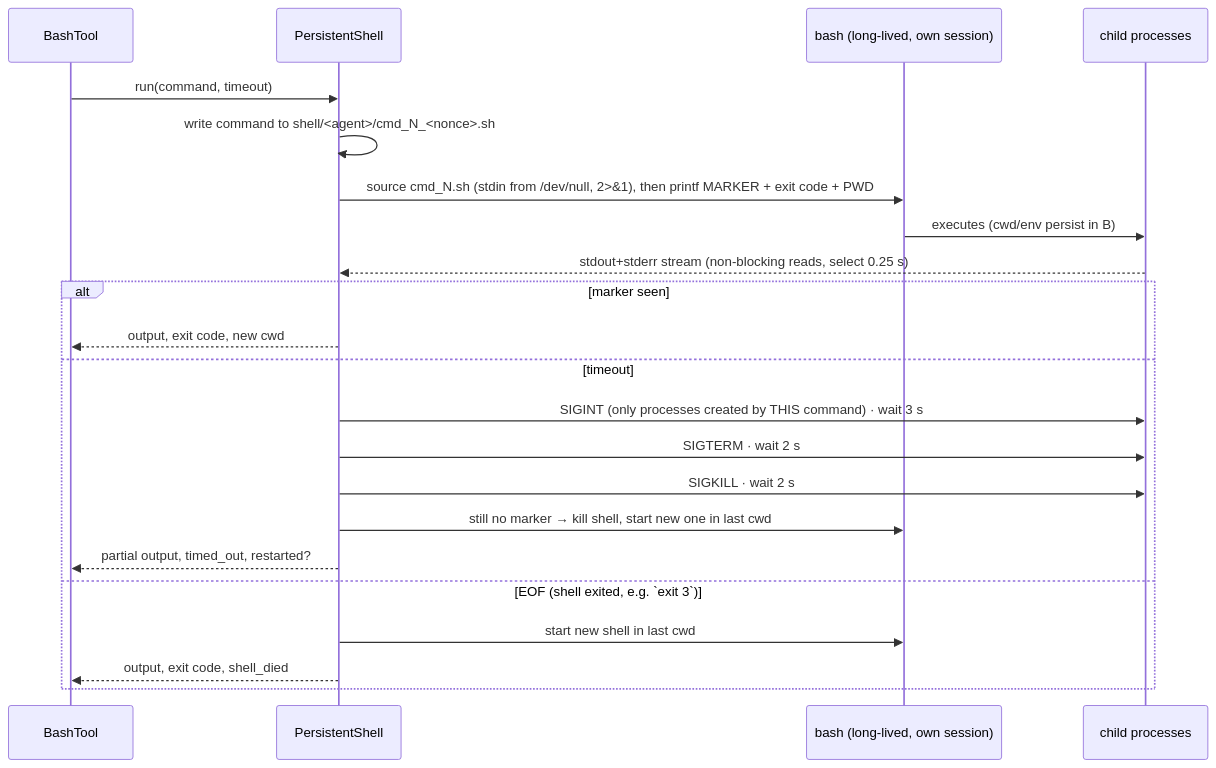
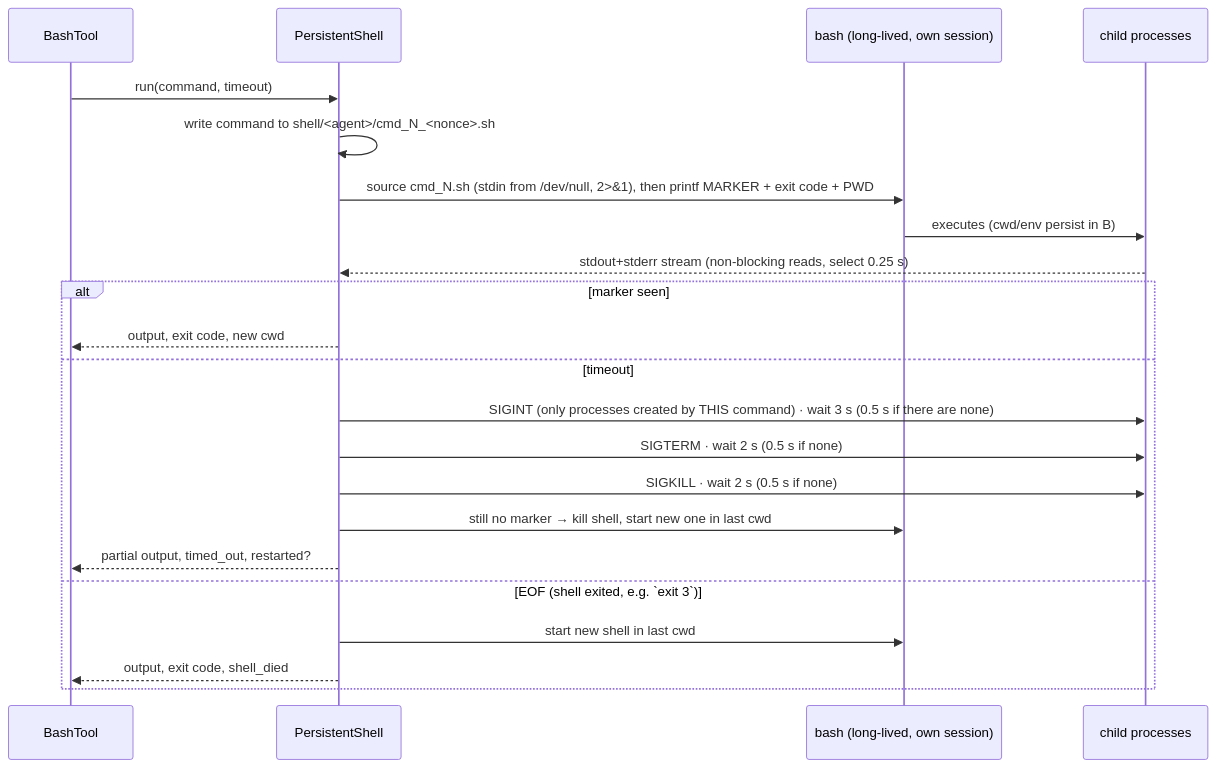
One commit to awaisqaziair-eng/World-Best--Agentic-Architecture changed the diagram in docs/07-terminal-subsystem.md. Above: the diagram before and after it, drawn with Mermaid. The commit also changed other lines of this file and 2 other files, not shown here.

Commit message:
Docs audit: terminal escalation, governor in gateway doc, roadmap for v2
- 07: escalation grace drops to 0.5 s when a step has nothing to signal
  (measured 9 s -> 3.5 s); status now says carried into v2 (ADR-013).
- 11: shared-account note pointing to the egress governor (ADR-012).
- 16: v2 section (implemented; what is now prebuilt; next items).

Claude-Session: https://claude.ai/code/session_01RcQB1LuHhM3NofVjcfEwV8

````diff
--- a/docs/07-terminal-subsystem.md
+++ b/docs/07-terminal-subsystem.md
@@ -27,25 +27,25 @@
 ```mermaid
 sequenceDiagram
     participant T as BashTool
     participant S as PersistentShell
     participant B as bash (long-lived, own session)
     participant P as child processes
 
     T->>S: run(command, timeout)
     S->>S: write command to shell/<agent>/cmd_N_<nonce>.sh
     S->>B: source cmd_N.sh (stdin from /dev/null, 2>&1), then printf MARKER + exit code + PWD
     B->>P: executes (cwd/env persist in B)
     P-->>S: stdout+stderr stream (non-blocking reads, select 0.25 s)
     alt marker seen
         S-->>T: output, exit code, new cwd
     else timeout
-        S->>P: SIGINT (only processes created by THIS command) · wait 3 s
-        S->>P: SIGTERM · wait 2 s
-        S->>P: SIGKILL · wait 2 s
+        S->>P: SIGINT (only processes created by THIS command) · wait 3 s (0.5 s if there are none)
+        S->>P: SIGTERM · wait 2 s (0.5 s if none)
+        S->>P: SIGKILL · wait 2 s (0.5 s if none)
         S->>B: still no marker → kill shell, start new one in last cwd
         S-->>T: partial output, timed_out, restarted?
     else EOF (shell exited, e.g. `exit 3`)
         S->>B: start new shell in last cwd
         S-->>T: output, exit code, shell_died
     end
 ```
````
